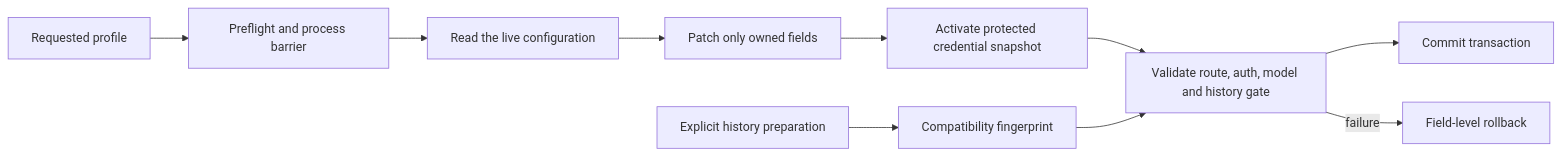
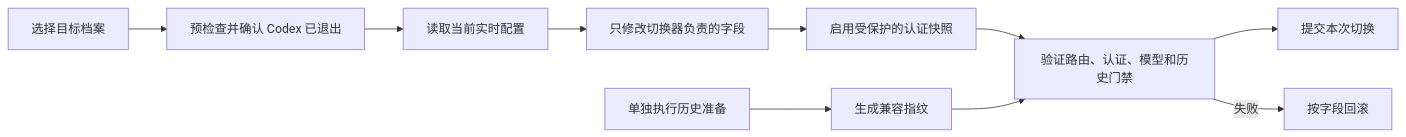
One commit to IIMovoMII/codex-auth-switching-field-guide changed the first of 2 diagrams in README.md. Above: the diagram before and after it, drawn with Mermaid. The commit also changed other lines of this file and 28 other files, not shown here.

```diff
--- a/README.md
+++ b/README.md
@@ -68,13 +75,13 @@
 ~~~mermaid
 flowchart LR
-    U[Requested profile] --> P[Preflight and process barrier]
-    P --> F[Read the live configuration]
-    F --> M[Patch only owned fields]
-    M --> A[Activate protected credential snapshot]
-    A --> V[Validate route, auth, model and history gate]
-    V --> C[Commit transaction]
-    V -->|failure| R[Field-level rollback]
+    U[选择目标档案] --> P[预检查并确认 Codex 已退出]
+    P --> F[读取当前实时配置]
+    F --> M[只修改切换器负责的字段]
+    M --> A[启用受保护的认证快照]
+    A --> V[验证路由、认证、模型和历史门禁]
+    V --> C[提交本次切换]
+    V -->|失败| R[按字段回滚]
 
-    H[Explicit history preparation] --> G[Compatibility fingerprint]
+    H[单独执行历史准备] --> G[生成兼容指纹]
     G --> V
 ~~~
```
